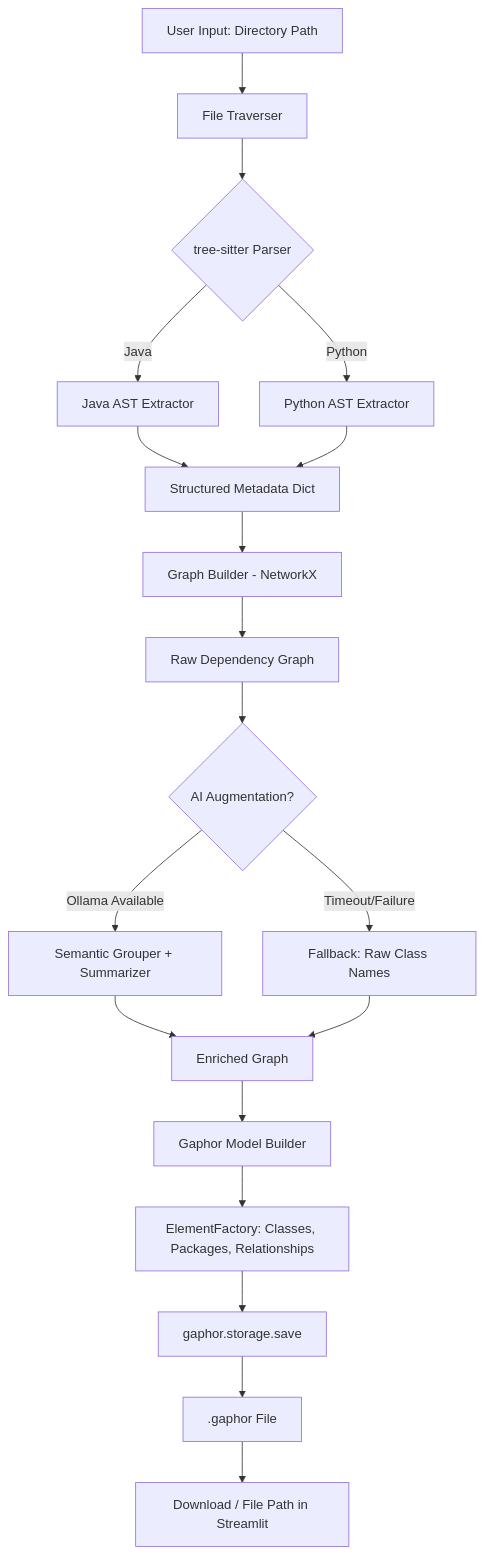
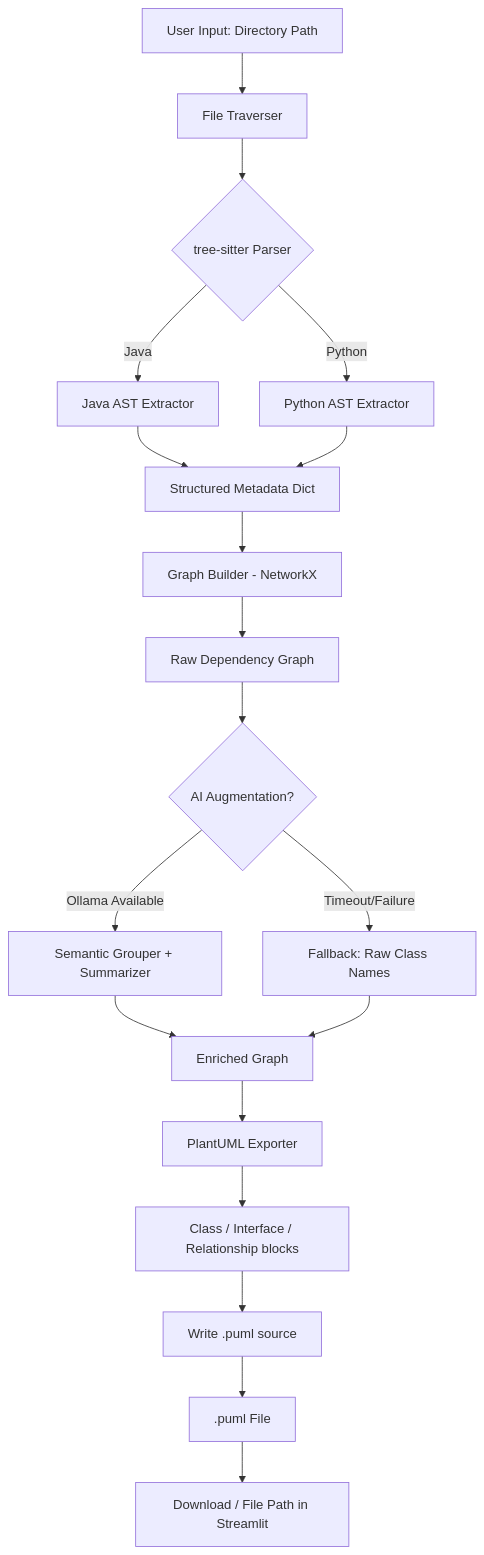
One commit to bogdan-coste/UML_Diagram_Generator changed the diagram in plans/architecture-plan.md. Above: the diagram before and after it, drawn with Mermaid. The commit also changed other lines of this file and 88 other files, not shown here.

````diff
--- a/plans/architecture-plan.md
+++ b/plans/architecture-plan.md
@@ -36,21 +33,21 @@
 ```mermaid
 flowchart TD
     A[User Input: Directory Path] --> B[File Traverser]
     B --> C{tree-sitter Parser}
     C -->|Java| D[Java AST Extractor]
     C -->|Python| E[Python AST Extractor]
     D --> F[Structured Metadata Dict]
     E --> F
     F --> G[Graph Builder - NetworkX]
     G --> H[Raw Dependency Graph]
     H --> I{AI Augmentation?}
     I -->|Ollama Available| J[Semantic Grouper + Summarizer]
     I -->|Timeout/Failure| K[Fallback: Raw Class Names]
     J --> L[Enriched Graph]
     K --> L
-    L --> M[Gaphor Model Builder]
-    M --> N[ElementFactory: Classes, Packages, Relationships]
-    N --> O[gaphor.storage.save]
-    O --> P[.gaphor File]
+    L --> M[PlantUML Exporter]
+    M --> N[Class / Interface / Relationship blocks]
+    N --> O[Write .puml source]
+    O --> P[.puml File]
     P --> Q[Download / File Path in Streamlit]
 ```
````
